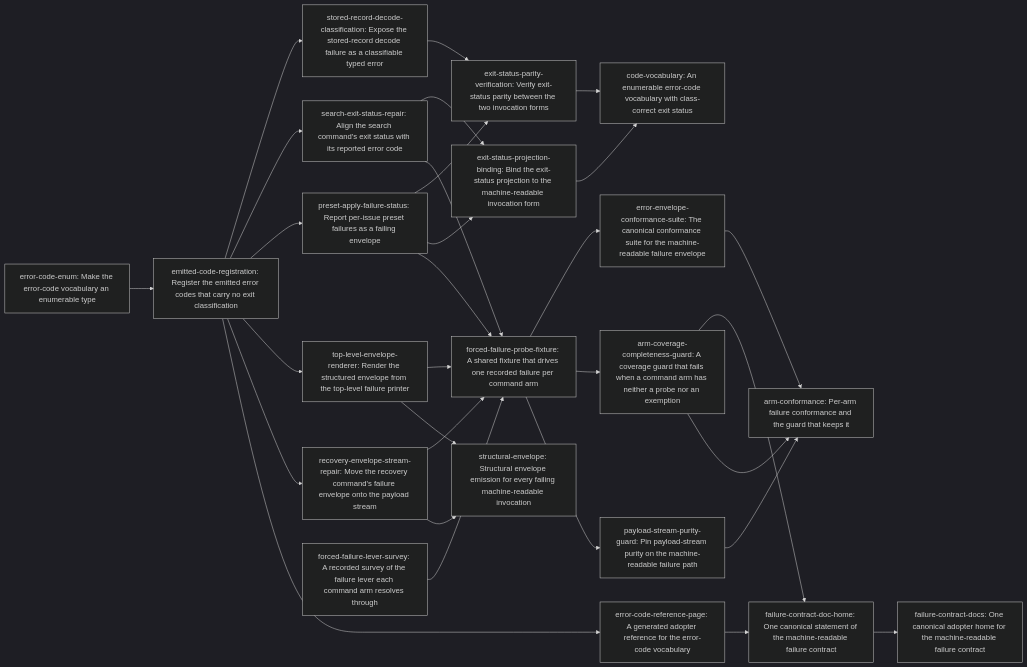
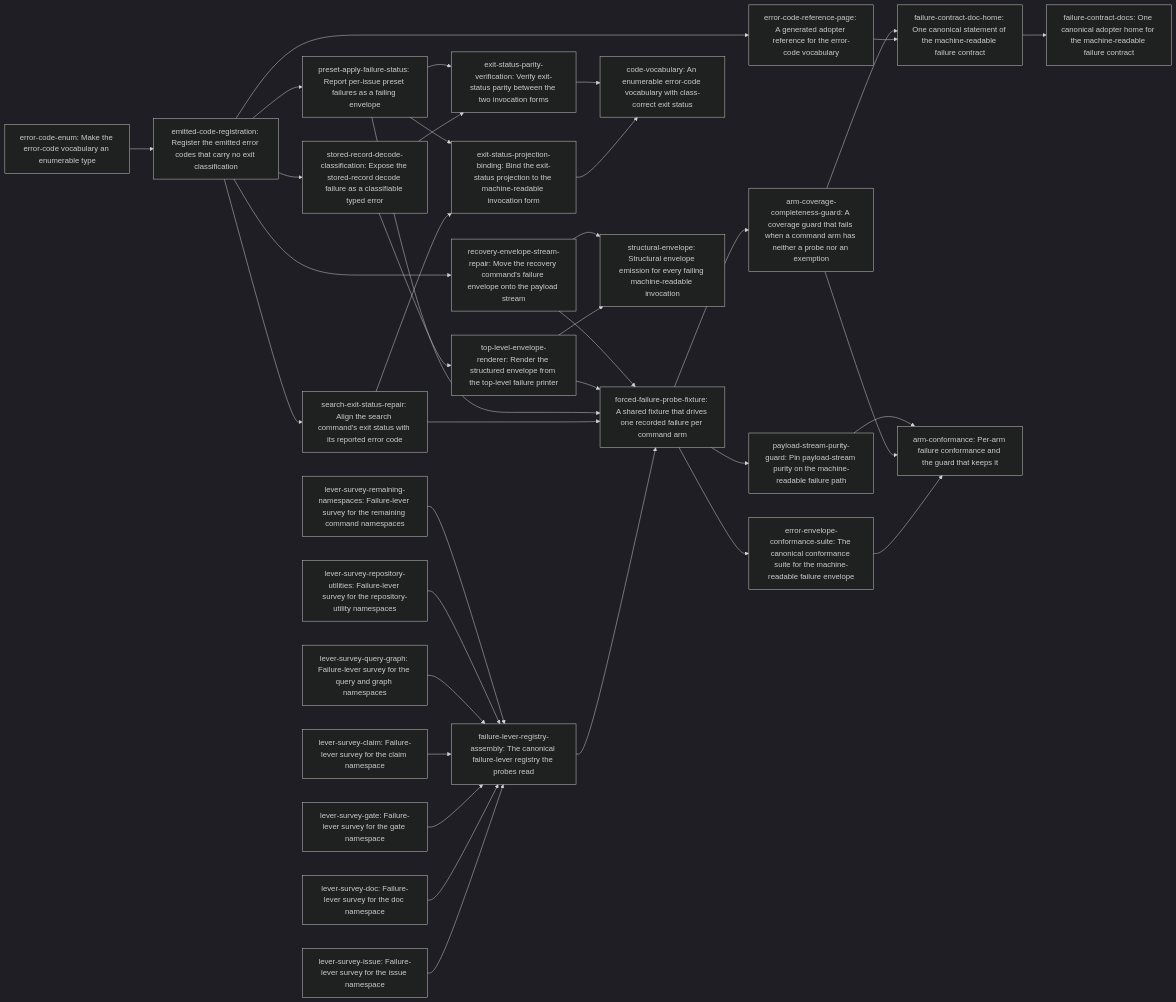
One commit to erankavija/just-in-time changed the diagram in dev/active/a2546471-json-error-contract/plan.md. Above: the diagram before and after it, drawn with Mermaid (dark theme). The commit also changed other lines of this file and 1 other file, not shown here.

````diff
--- a/dev/active/a2546471-json-error-contract/plan.md
+++ b/dev/active/a2546471-json-error-contract/plan.md
@@ -147,52 +176,66 @@
 ```mermaid
 flowchart LR
     N0["error-code-enum: Make the error-code vocabulary an enumerable type"]
     N1["emitted-code-registration: Register the emitted error codes that carry no exit classification"]
     N2["stored-record-decode-classification: Expose the stored-record decode failure as a classifiable typed error"]
     N3["search-exit-status-repair: Align the search command's exit status with its reported error code"]
     N4["preset-apply-failure-status: Report per-issue preset failures as a failing envelope"]
     N5["exit-status-parity-verification: Verify exit-status parity between the two invocation forms"]
     N6["exit-status-projection-binding: Bind the exit-status projection to the machine-readable invocation form"]
     N7["top-level-envelope-renderer: Render the structured envelope from the top-level failure printer"]
     N8["recovery-envelope-stream-repair: Move the recovery command's failure envelope onto the payload stream"]
-    N9["forced-failure-lever-survey: A recorded survey of the failure lever each command arm resolves through"]
-    N10["forced-failure-probe-fixture: A shared fixture that drives one recorded failure per command arm"]
-    N11["error-envelope-conformance-suite: The canonical conformance suite for the machine-readable failure envelope"]
-    N12["arm-coverage-completeness-guard: A coverage guard that fails when a command arm has neither a probe nor an exemption"]
-    N13["payload-stream-purity-guard: Pin payload-stream purity on the machine-readable failure path"]
-    N14["error-code-reference-page: A generated adopter reference for the error-code vocabulary"]
-    N15["failure-contract-doc-home: One canonical statement of the machine-readable failure contract"]
-    N16["code-vocabulary: An enumerable error-code vocabulary with class-correct exit status"]
-    N17["structural-envelope: Structural envelope emission for every failing machine-readable invocation"]
-    N18["arm-conformance: Per-arm failure conformance and the guard that keeps it"]
-    N19["failure-contract-docs: One canonical adopter home for the machine-readable failure contract"]
+    N9["lever-survey-issue: Failure-lever survey for the issue namespace"]
+    N10["lever-survey-doc: Failure-lever survey for the doc namespace"]
+    N11["lever-survey-gate: Failure-lever survey for the gate namespace"]
+    N12["lever-survey-claim: Failure-lever survey for the claim namespace"]
+    N13["lever-survey-query-graph: Failure-lever survey for the query and graph namespaces"]
+    N14["lever-survey-repository-utilities: Failure-lever survey for the repository-utility namespaces"]
+    N15["lever-survey-remaining-namespaces: Failure-lever survey for the remaining command namespaces"]
+    N16["failure-lever-registry-assembly: The canonical failure-lever registry the probes read"]
+    N17["forced-failure-probe-fixture: A shared fixture that drives one recorded failure per command arm"]
+    N18["error-envelope-conformance-suite: The canonical conformance suite for the machine-readable failure envelope"]
+    N19["arm-coverage-completeness-guard: A coverage guard that fails when a command arm has neither a probe nor an exemption"]
+    N20["payload-stream-purity-guard: Pin payload-stream purity on the machine-readable failure path"]
+    N21["error-code-reference-page: A generated adopter reference for the error-code vocabulary"]
+    N22["failure-contract-doc-home: One canonical statement of the machine-readable failure contract"]
+    N23["code-vocabulary: An enumerable error-code vocabulary with class-correct exit status"]
+    N24["structural-envelope: Structural envelope emission for every failing machine-readable invocation"]
+    N25["arm-conformance: Per-arm failure conformance and the guard that keeps it"]
+    N26["failure-contract-docs: One canonical adopter home for the machine-readable failure contract"]
     N0 --> N1
     N1 --> N2
     N1 --> N3
     N1 --> N4
     N2 --> N5
     N4 --> N5
     N3 --> N6
     N4 --> N6
-    N1 --> N7
+    N2 --> N7
     N1 --> N8
-    N9 --> N10
-    N3 --> N10
-    N4 --> N10
-    N7 --> N10
-    N8 --> N10
-    N10 --> N11
-    N10 --> N12
-    N10 --> N13
-    N1 --> N14
-    N14 --> N15
-    N12 --> N15
-    N6 --> N16
-    N5 --> N16
+    N9 --> N16
+    N10 --> N16
+    N11 --> N16
+    N12 --> N16
+    N13 --> N16
+    N14 --> N16
+    N15 --> N16
+    N16 --> N17
+    N3 --> N17
+    N4 --> N17
     N7 --> N17
     N8 --> N17
-    N11 --> N18
-    N12 --> N18
-    N13 --> N18
-    N15 --> N19
+    N17 --> N18
+    N17 --> N19
+    N17 --> N20
+    N1 --> N21
+    N21 --> N22
+    N19 --> N22
+    N6 --> N23
+    N5 --> N23
+    N7 --> N24
+    N8 --> N24
+    N18 --> N25
+    N19 --> N25
+    N20 --> N25
+    N22 --> N26
 ```
````
